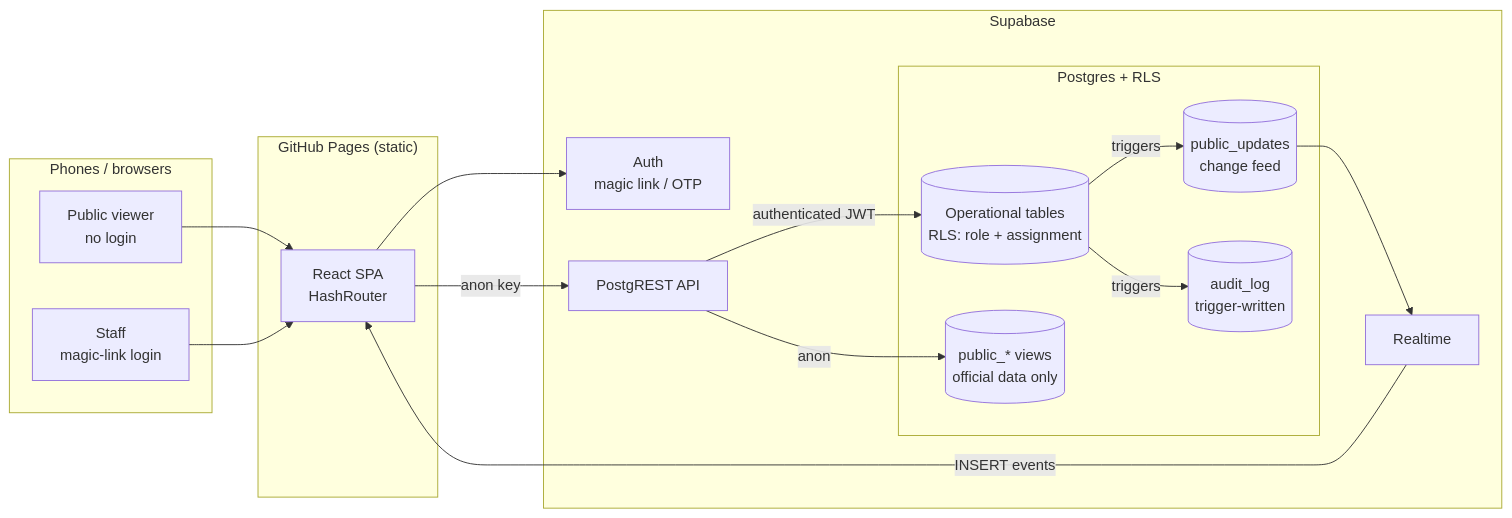
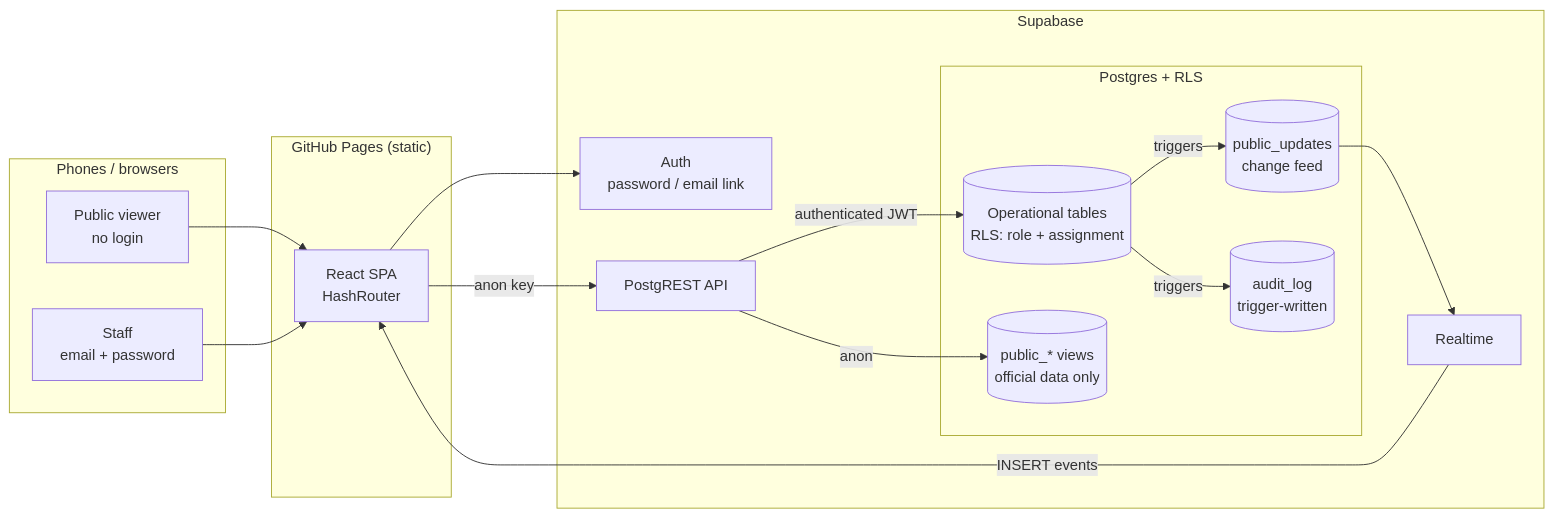
The diagram in README.md (CatCode23/scoreTracker), drawn with Mermaid before and after one commit. The commit also changed other lines of this file and 13 other files, not shown here.

First line of the commit message:
Switch staff sign-in to email + password; remove classification wording

````diff
--- a/README.md
+++ b/README.md
@@ -32,31 +33,31 @@
 ```mermaid
 flowchart LR
   subgraph Phone["Phones / browsers"]
     P[Public viewer<br/>no login]
-    S[Staff<br/>magic-link login]
+    S[Staff<br/>email + password]
   end
   subgraph GH["GitHub Pages (static)"]
     SPA[React SPA<br/>HashRouter]
   end
   subgraph SB["Supabase"]
-    AUTH[Auth<br/>magic link / OTP]
+    AUTH[Auth<br/>password / email link]
     REST[PostgREST API]
     RT[Realtime]
     subgraph PG["Postgres + RLS"]
       RAW[(Operational tables<br/>RLS: role + assignment)]
       VIEWS[(public_* views<br/>official data only)]
       FEED[(public_updates<br/>change feed)]
       AUD[(audit_log<br/>trigger-written)]
     end
   end
   P --> SPA
   S --> SPA
   SPA -- anon key --> REST
   SPA --> AUTH
   REST -- anon --> VIEWS
   REST -- authenticated JWT --> RAW
   RAW -- triggers --> AUD
   RAW -- triggers --> FEED
   RT -- INSERT events --> SPA
   FEED --> RT
 ```
````
